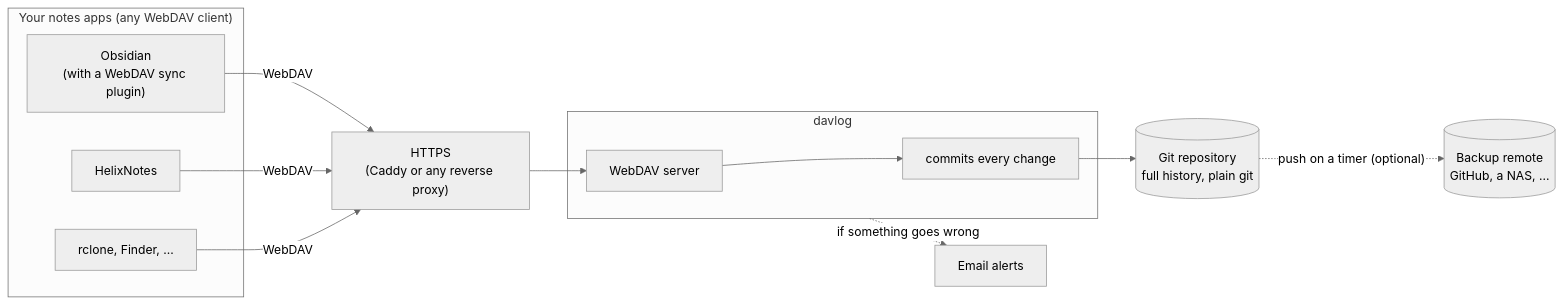
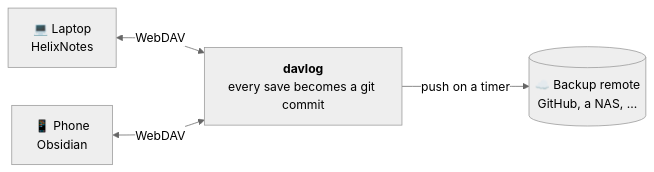
One commit to cbenning/davlog changed the diagram in README.md. Above: the diagram before and after it, drawn with Mermaid (neutral theme). The commit also changed other lines of this file, not shown here.

Commit message:
docs: simplify the README diagram to two devices, davlog and a backup

````diff
--- a/README.md
+++ b/README.md
@@ -29,23 +29,11 @@
 ```mermaid
 flowchart LR
-    subgraph clients["Your notes apps (any WebDAV client)"]
-        obsidian["Obsidian<br/>(with a WebDAV sync plugin)"]
-        helix["HelixNotes"]
-        other["rclone, Finder, ..."]
-    end
+    laptop["💻 Laptop<br/>HelixNotes"]
+    phone["📱 Phone<br/>Obsidian"]
+    davlog["<b>davlog</b><br/>every save becomes a git commit"]
+    backup[("☁️ Backup remote<br/>GitHub, a NAS, ...")]
 
-    proxy["HTTPS<br/>(Caddy or any reverse proxy)"]
-
-    subgraph server["davlog"]
-        dav["WebDAV server"]
-        committer["commits every change"]
-    end
-
-    repo[("Git repository<br/>full history, plain git")]
-    remote[("Backup remote<br/>GitHub, a NAS, ...")]
-    mail["Email alerts"]
-
-    obsidian & helix & other -->|WebDAV| proxy --> dav --> committer --> repo
-    repo -. "push on a timer (optional)" .-> remote
-    server -. "if something goes wrong" .-> mail
+    laptop <-->|WebDAV| davlog
+    phone <-->|WebDAV| davlog
+    davlog -->|push on a timer| backup
 ```
````
